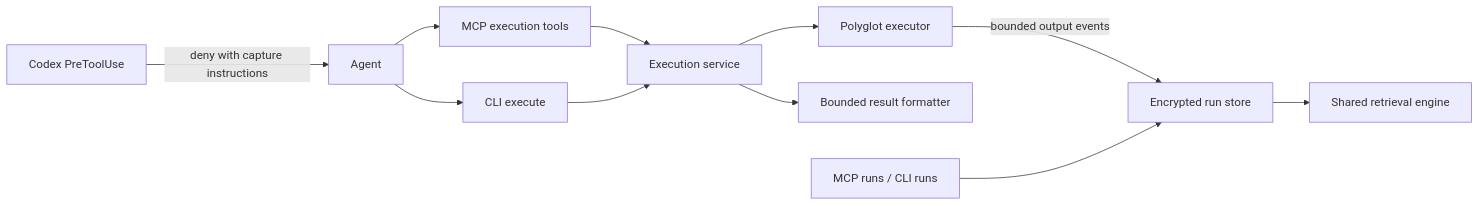
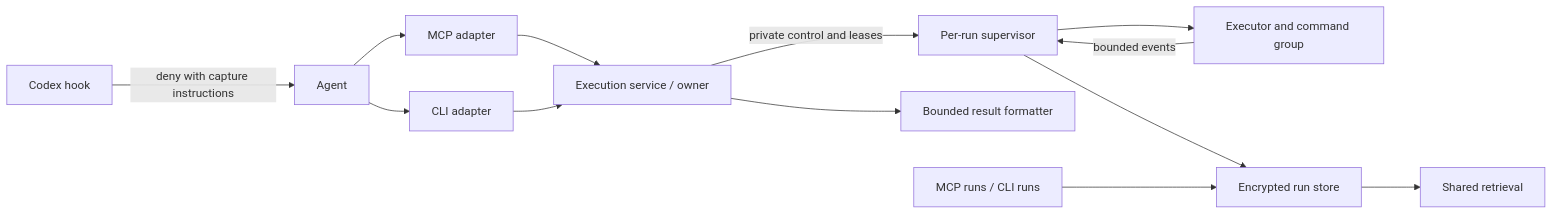
Before and after one commit to serpro69/capy: the diagram in docs/feat/wip/routine-command-capture/design.md, drawn with Mermaid. The commit also changed other lines of this file and 5 other files, not shown here.

Commit message:
Address routing-command-capture design review findings

````diff
--- a/docs/feat/wip/routine-command-capture/design.md
+++ b/docs/feat/wip/routine-command-capture/design.md
@@ -106,13 +92,15 @@
 ```mermaid
 flowchart LR
-    H[Codex PreToolUse] -->|deny with capture instructions| A[Agent]
-    A --> M[MCP execution tools]
-    A --> C[CLI execute]
-    M --> E[Execution service]
+    H[Codex hook] -->|deny with capture instructions| A[Agent]
+    A --> M[MCP adapter]
+    A --> C[CLI adapter]
+    M --> E[Execution service / owner]
     C --> E
-    E --> P[Polyglot executor]
-    P -->|bounded output events| R[Encrypted run store]
+    E -->|private control and leases| S[Per-run supervisor]
+    S --> P[Executor and command group]
+    P -->|bounded events| S
+    S --> R[Encrypted run store]
     E --> V[Bounded result formatter]
     Q[MCP runs / CLI runs] --> R
-    R --> F[Shared retrieval engine]
+    R --> F[Shared retrieval]
 ```
````
